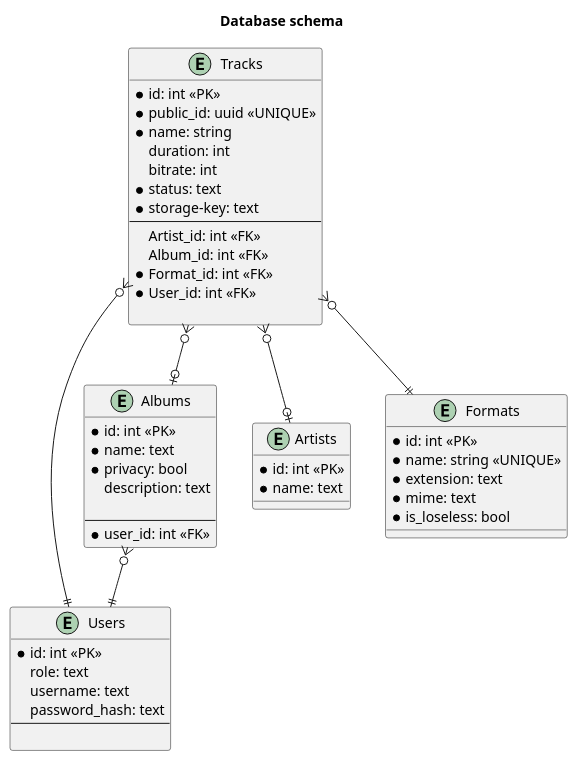
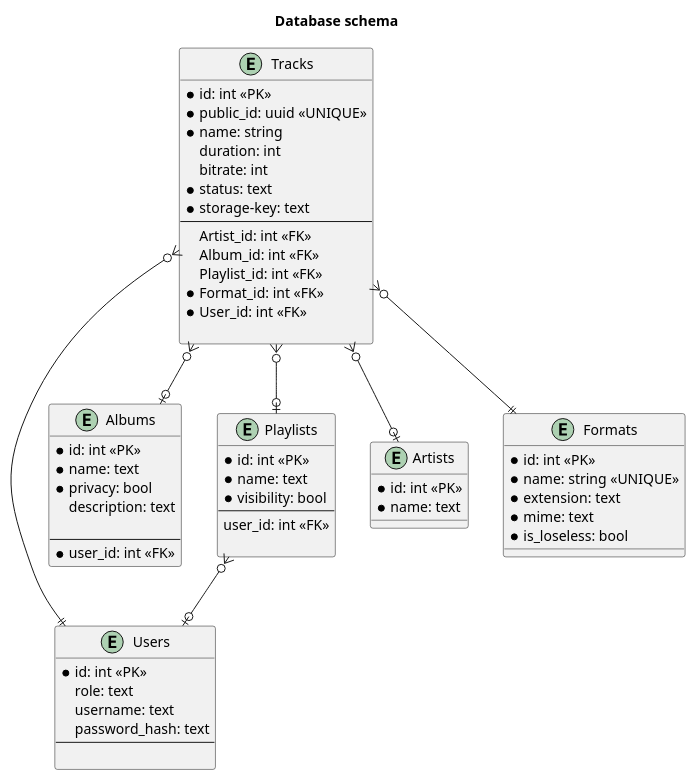
The diagram in docs/graphs/graph-database.puml (CapitanMurasa/impulse-streaming), drawn with PlantUML before and after one commit.

Commit message:
docs: updated database graph

```diff
--- a/docs/graphs/graph-database.puml
+++ b/docs/graphs/graph-database.puml
@@ -1,60 +1,72 @@
 @startuml
 title Database schema
 
 entity "Users" as user{
  * id: int <<PK>>
  role: text
  username: text
  password_hash: text
  --
 
 }
 
 entity "Albums" as albums{
     * id: int <<PK>>
     * name: text
     * privacy: bool
     description: text
     
     --
     * user_id: int <<FK>>
 }
 
 entity "Tracks" as track{
     * id: int <<PK>>
     * public_id: uuid <<UNIQUE>>
     * name: string
     duration: int
     bitrate: int
     * status: text
     * storage-key: text
     --
     Artist_id: int <<FK>>
     Album_id: int <<FK>>
+    Playlist_id: int <<FK>>
     * Format_id: int <<FK>>
     * User_id: int <<FK>>
+    
+}
+
+entity "Playlists" as playlists{
+    * id: int <<PK>>
+    * name: text
+    * visibility: bool
+    --
+    user_id: int <<FK>>
     
 }
 
 entity "Artists" as artist{
     * id: int <<PK>>
     * name: text
 }
 
 
 entity "Formats" as format{
     * id: int <<PK>>
     * name: string <<UNIQUE>>
     * extension: text
     * mime: text
     * is_loseless: bool
 }
 
+
 track }o--o| albums
 track }o--o| artist
 track }o--|| format
 track }o--|| user
-albums }o--|| user
+track }o--o| playlists
+playlists }o--o| user
 
 
 @enduml
```
